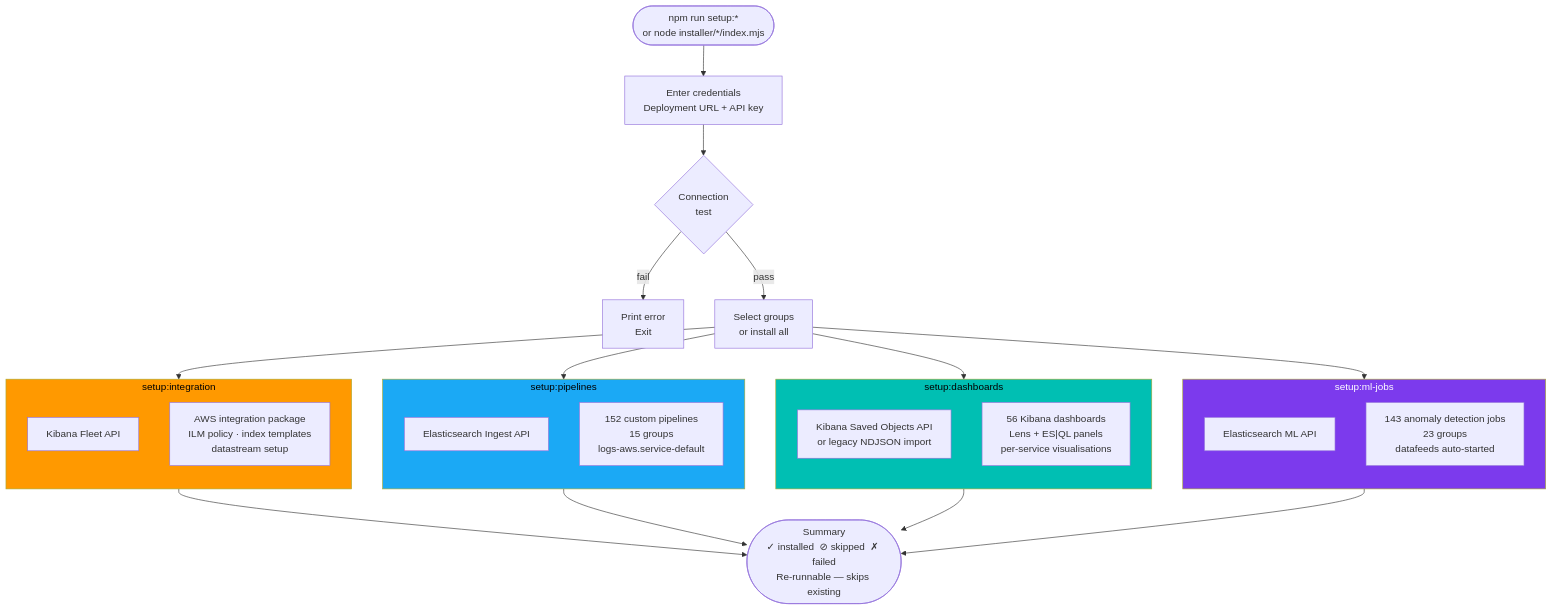
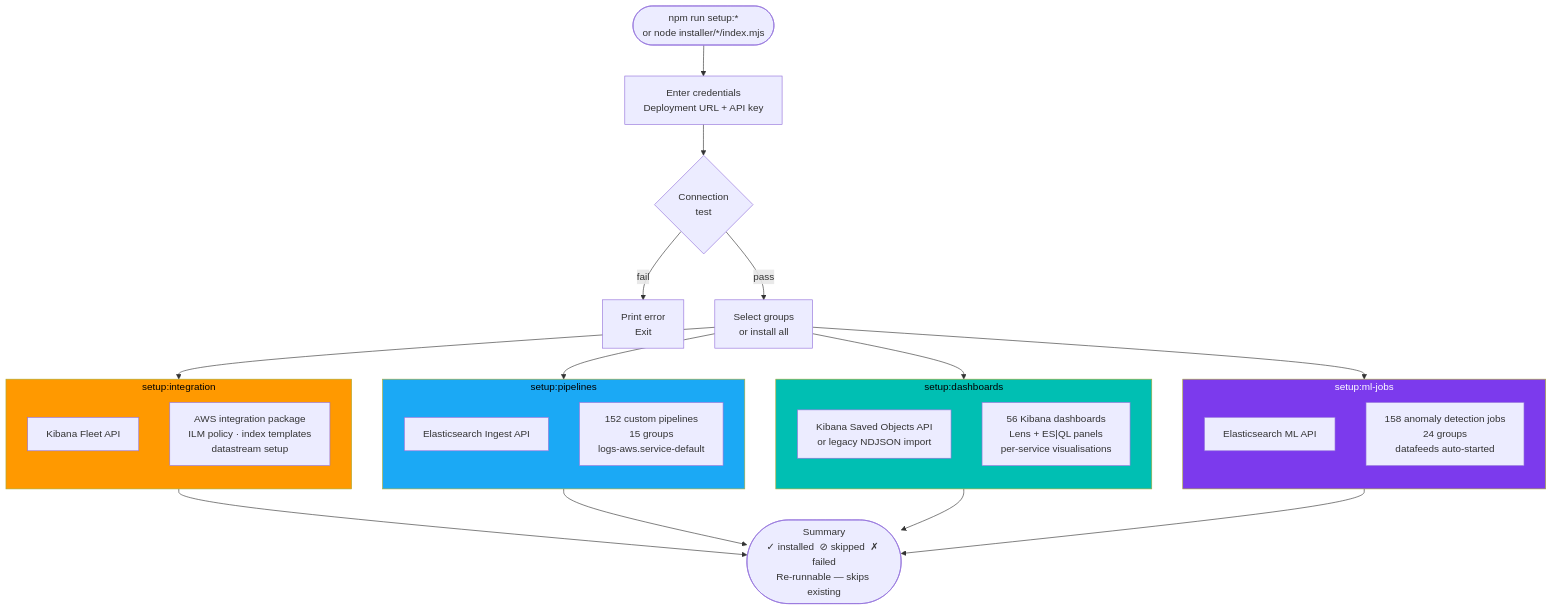
Before and after one commit to rkernutt/aws-elastic-load-generator: the fourth of 4 diagrams in docs/diagrams.md, drawn with Mermaid. The commit also changed other lines of this file and 20 other files, not shown here.

````diff
--- a/docs/diagrams.md
+++ b/docs/diagrams.md
@@ -301,47 +301,47 @@
 ```mermaid
 flowchart TD
     START(["npm run setup:*\nor node installer/*/index.mjs"]) --> AUTH
 
     AUTH["Enter credentials\nDeployment URL + API key"]
     AUTH --> TEST{"Connection\ntest"}
     TEST -->|"fail"| ERR1["Print error\nExit"]
     TEST -->|"pass"| MENU["Select groups\nor install all"]
 
     MENU --> I1 & I2 & I3 & I4
 
     subgraph I1["setup:integration"]
         direction TB
         A1["Kibana Fleet API"]
         A2["AWS integration package\nILM policy · index templates\ndatastream setup"]
     end
 
     subgraph I2["setup:pipelines"]
         direction TB
         B1["Elasticsearch Ingest API"]
         B2["152 custom pipelines\n15 groups\nlogs-aws.service-default"]
     end
 
     subgraph I3["setup:dashboards"]
         direction TB
         C1["Kibana Saved Objects API\nor legacy NDJSON import"]
         C2["56 Kibana dashboards\nLens + ES|QL panels\nper-service visualisations"]
     end
 
     subgraph I4["setup:ml-jobs"]
         direction TB
         D1["Elasticsearch ML API"]
-        D2["143 anomaly detection jobs\n23 groups\ndatafeeds auto-started"]
+        D2["158 anomaly detection jobs\n24 groups\ndatafeeds auto-started"]
     end
 
     I1 --> DONE
     I2 --> DONE
     I3 --> DONE
     I4 --> DONE
 
     DONE(["Summary\n✓ installed  ⊘ skipped  ✗ failed\nRe-runnable — skips existing"])
 
     style I1 fill:#FF9900,color:#000
     style I2 fill:#1BA9F5,color:#000
     style I3 fill:#00BFB3,color:#000
     style I4 fill:#7C3AED,color:#fff
 ```
````
